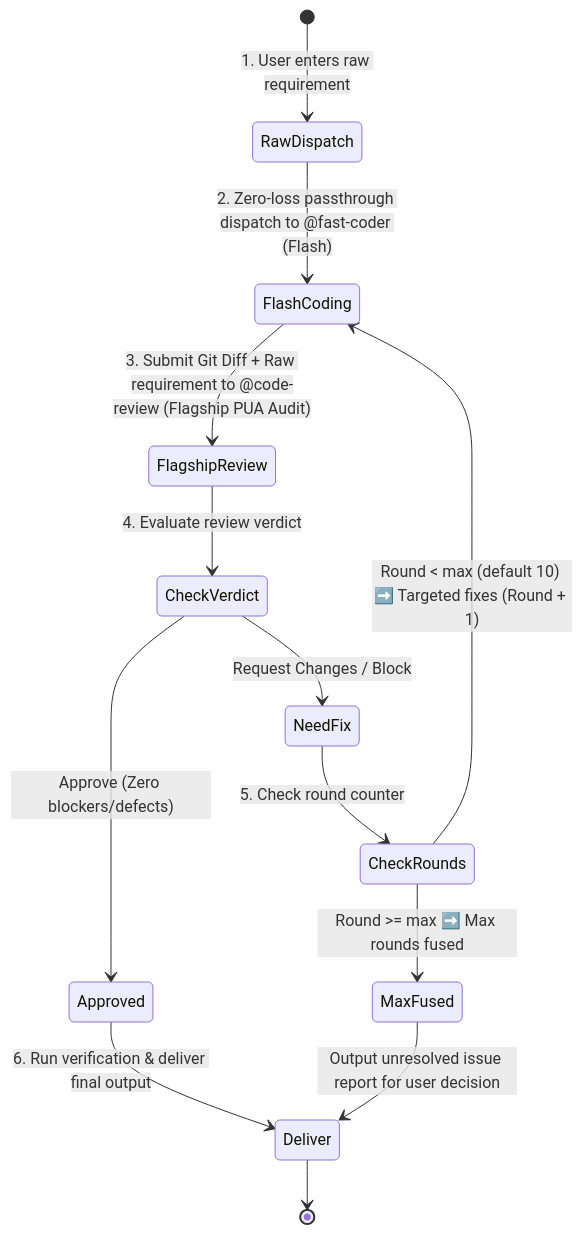
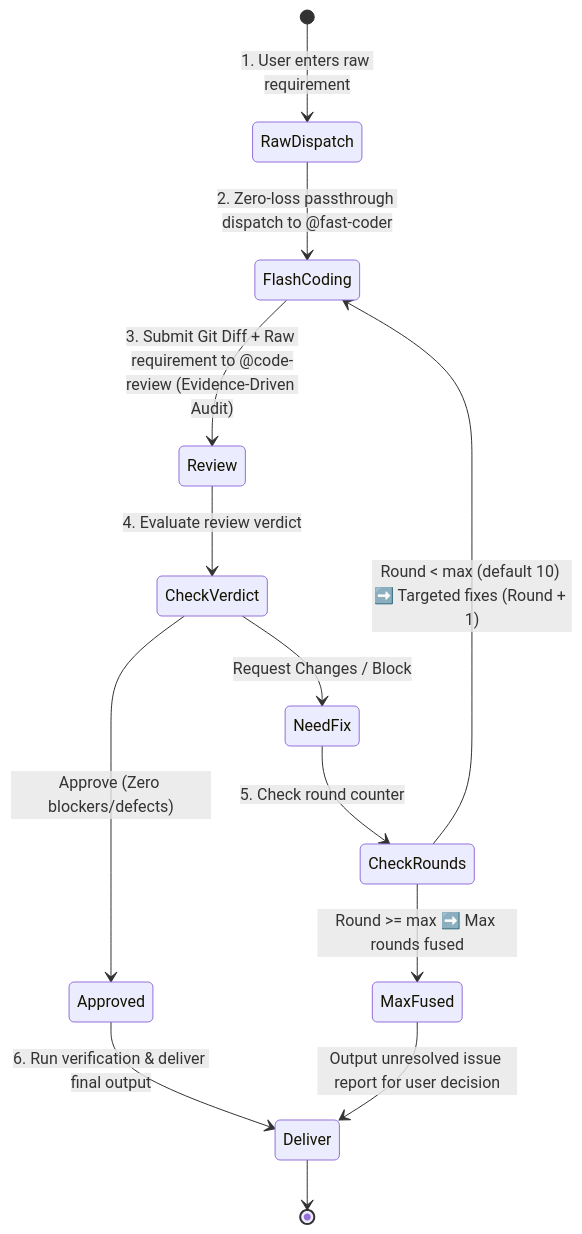
The diagram in plugins/fast-dev/fast-dev.md (kenlin8827/opencode-config), drawn with Mermaid before and after one commit. The commit also changed other lines of this file and 40 other files, not shown here.

````diff
--- a/plugins/fast-dev/fast-dev.md
+++ b/plugins/fast-dev/fast-dev.md
@@ -11,18 +11,18 @@
 ```mermaid
 stateDiagram-v2
     [*] --> RawDispatch: 1. User enters raw requirement
-    RawDispatch --> FlashCoding: 2. Zero-loss passthrough dispatch to @fast-coder (Flash)
-    FlashCoding --> FlagshipReview: 3. Submit Git Diff + Raw requirement to @code-review (Flagship PUA Audit)
-    FlagshipReview --> CheckVerdict: 4. Evaluate review verdict
+    RawDispatch --> FlashCoding: 2. Zero-loss passthrough dispatch to @fast-coder
+    FlashCoding --> Review: 3. Submit Git Diff + Raw requirement to @code-review (Evidence-Driven Audit)
+    Review --> CheckVerdict: 4. Evaluate review verdict
     
     CheckVerdict --> Approved: Approve (Zero blockers/defects)
     CheckVerdict --> NeedFix: Request Changes / Block
     
     NeedFix --> CheckRounds: 5. Check round counter
     CheckRounds --> FlashCoding: Round < max (default 10) ➡️ Targeted fixes (Round + 1)
     CheckRounds --> MaxFused: Round >= max ➡️ Max rounds fused
     
     Approved --> Deliver: 6. Run verification & deliver final output
     MaxFused --> Deliver: Output unresolved issue report for user decision
     Deliver --> [*]
 ```
````
